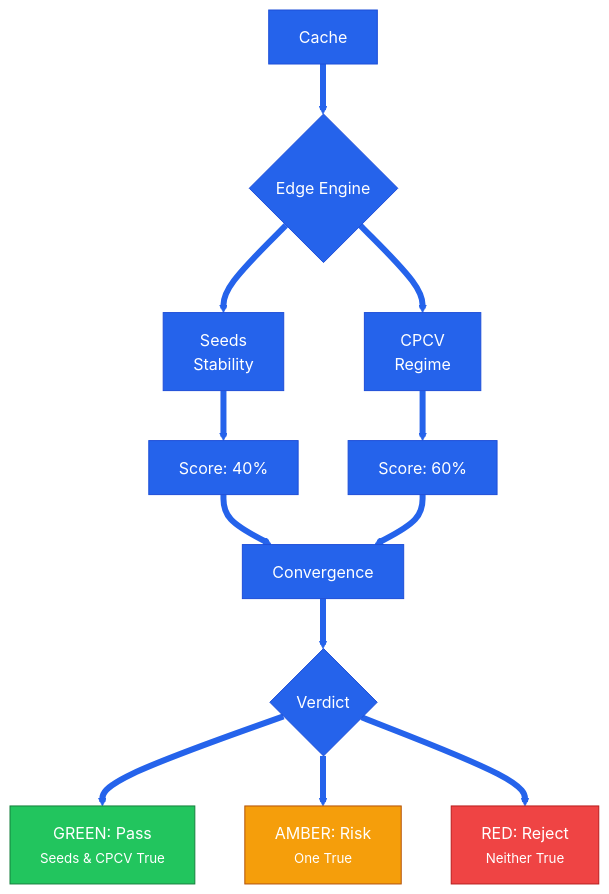
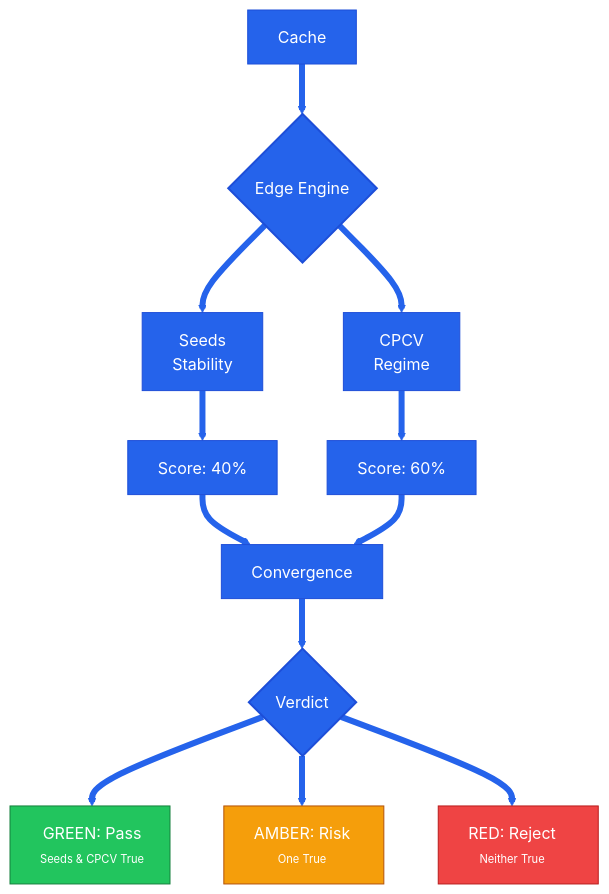
Before and after one commit to Pablo-Molla-Charlez/SecondaryModel: the fourth of 4 diagrams in README.md, drawn with Mermaid. The commit also changed other lines of this file, not shown here.

Commit message:
Improved Readme7

````diff
--- a/README.md
+++ b/README.md
@@ -141,21 +142,23 @@
 ```mermaid
 %%{init: {'theme': 'base', 'themeVariables': { 'primaryColor': '#2563eb', 'primaryBorderColor': '#1d4ed8', 'primaryTextColor': '#ffffff', 'secondaryColor': '#f59e0b', 'tertiaryColor': '#dcfce7', 'lineColor': '#0f172a', 'background': '#ffffff'}}}%%
 flowchart TD
     A[Cache] --> B{Edge Engine}
     B --> C[Seeds<br/>Stability]
     B --> D[CPCV<br/>Regime]
     C --> E[Score: 40%]
     D --> F[Score: 60%]
     E & F --> G[Convergence]
     G --> H{Verdict}
-    H --> I[GREEN: Pass<br/><small>Seeds & CPCV True</small>]
-    H --> J[AMBER: Risk<br/><small>One True</small>]
-    H --> K[RED: Reject<br/><small>Neither True</small>]
-    classDef green fill:#22c55e,stroke:#15803d,color:#ffffff;
-    classDef amber fill:#f59e0b,stroke:#b45309,color:#ffffff;
-    classDef red fill:#ef4444,stroke:#b91c1c,color:#ffffff;
+    H --> I["GREEN: Pass<br/><small><small>Seeds & CPCV True</small></small>"]
+    H --> J["AMBER: Risk<br/><small><small>One True</small></small>"]
+    H --> K["RED: Reject<br/><small><small>Neither True</small></small>"]
+    classDef green fill:#22c55e,stroke:#15803d,color:#ffffff,width:160px;
+    classDef amber fill:#f59e0b,stroke:#b45309,color:#ffffff,width:160px;
+    classDef red fill:#ef4444,stroke:#b91c1c,color:#ffffff,width:160px;
+    classDef gate fill:#2563eb,stroke:#1d4ed8,color:#ffffff,stroke-width:2px,width:150px;
+    class B,H gate;
     class I green;
     class J amber;
     class K red;
     linkStyle default stroke:#2563eb,stroke-width:6px;
 ```
````
